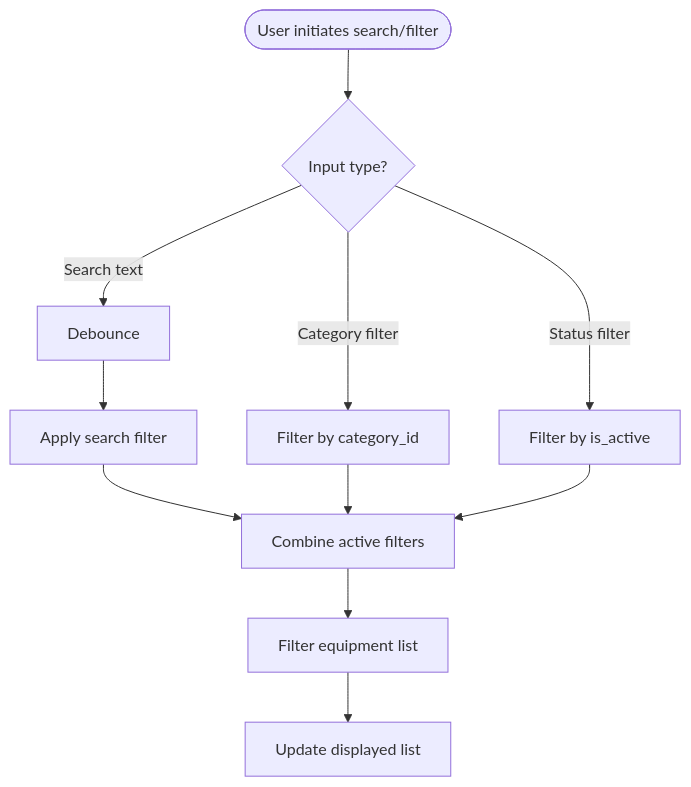
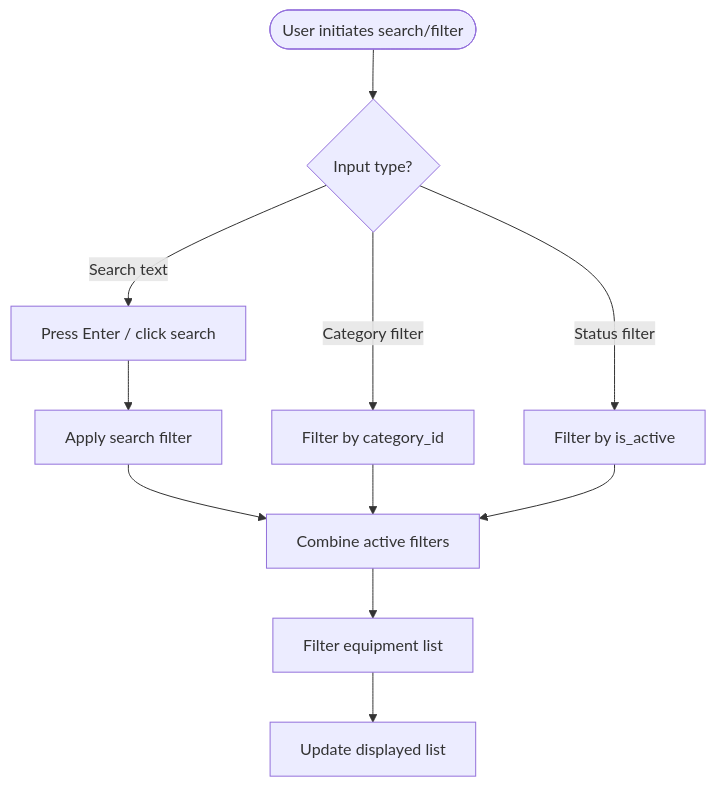
The diagram in en/inventory/recipe/equipment.md (CarmenSoftware-organization/carmen-wiki), drawn with Mermaid before and after one commit. The commit also changed other lines of this file and 20 other files, not shown here.

Commit message:
fix(product,master-data,recipe): correct 13 diagrams against code, drop disabled-export diagram (review round 1)

````diff
--- a/en/inventory/recipe/equipment.md
+++ b/en/inventory/recipe/equipment.md
@@ -41,13 +41,13 @@
 ```mermaid
 flowchart TD
     Start(["User initiates search/filter"]) --> InputType{"Input type?"}
-    InputType -->|"Search text"| Debounce["Debounce"]
-    Debounce --> SearchFilter["Apply search filter"]
+    InputType -->|"Search text"| Submit["Press Enter / click search"]
+    Submit --> SearchFilter["Apply search filter"]
     InputType -->|"Category filter"| CategoryFilter["Filter by category_id"]
     InputType -->|"Status filter"| StatusFilter["Filter by is_active"]
     SearchFilter --> FilterChain["Combine active filters"]
     CategoryFilter --> FilterChain
     StatusFilter --> FilterChain
     FilterChain --> ApplyToList["Filter equipment list"]
     ApplyToList --> UpdateDisplay["Update displayed list"]
 ```
````
